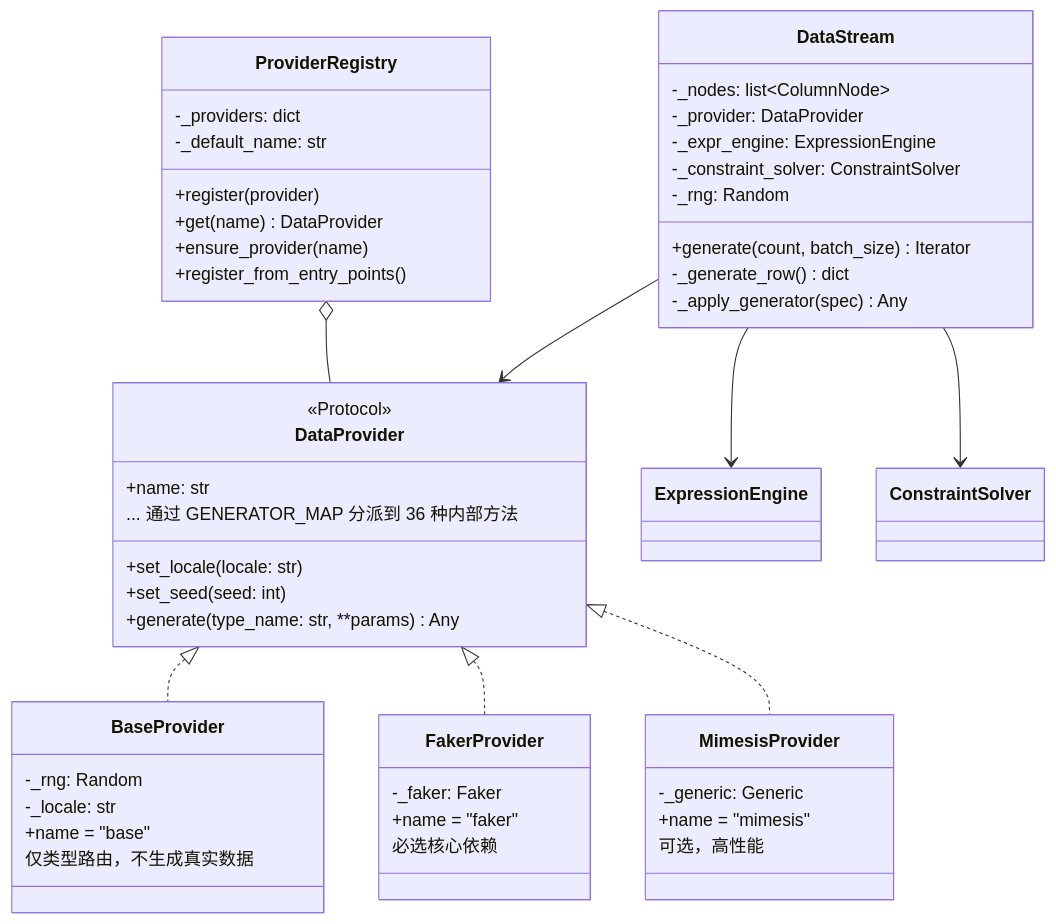
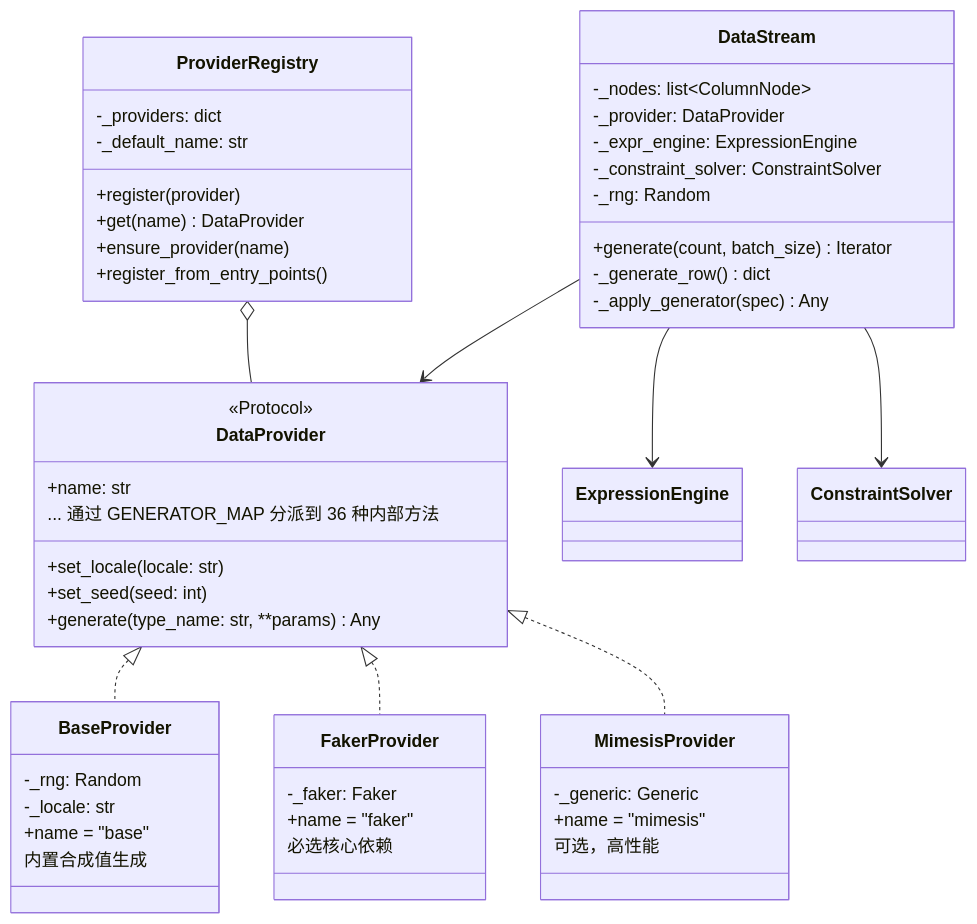
One commit to sunbos/sqlseed changed the fourth of 12 diagrams in docs/architecture.zh-CN.md. Above: the diagram before and after it, drawn with Mermaid. The commit also changed other lines of this file and 42 other files, not shown here.

````diff
--- a/docs/architecture.zh-CN.md
+++ b/docs/architecture.zh-CN.md
@@ -262,58 +234,58 @@
 ```mermaid
 classDiagram
     class DataProvider {
         <<Protocol>>
         +name: str
         +set_locale(locale: str)
         +set_seed(seed: int)
         +generate(type_name: str, **params) Any
         ... 通过 GENERATOR_MAP 分派到 36 种内部方法
     }
 
     class BaseProvider {
         -_rng: Random
         -_locale: str
         +name = "base"
-        仅类型路由，不生成真实数据
+        内置合成值生成
     }
 
     class FakerProvider {
         -_faker: Faker
         +name = "faker"
         必选核心依赖
     }
 
     class MimesisProvider {
         -_generic: Generic
         +name = "mimesis"
         可选，高性能
     }
 
     class ProviderRegistry {
         -_providers: dict
         -_default_name: str
         +register(provider)
         +get(name) DataProvider
         +ensure_provider(name)
         +register_from_entry_points()
     }
 
     class DataStream {
         -_nodes: list~ColumnNode~
         -_provider: DataProvider
         -_expr_engine: ExpressionEngine
         -_constraint_solver: ConstraintSolver
         -_rng: Random
         +generate(count, batch_size) Iterator
         -_generate_row() dict
         -_apply_generator(spec) Any
     }
 
     DataProvider <|.. BaseProvider
     DataProvider <|.. FakerProvider
     DataProvider <|.. MimesisProvider
     ProviderRegistry o-- DataProvider
     DataStream --> DataProvider
     DataStream --> ExpressionEngine
     DataStream --> ConstraintSolver
 ```
````
